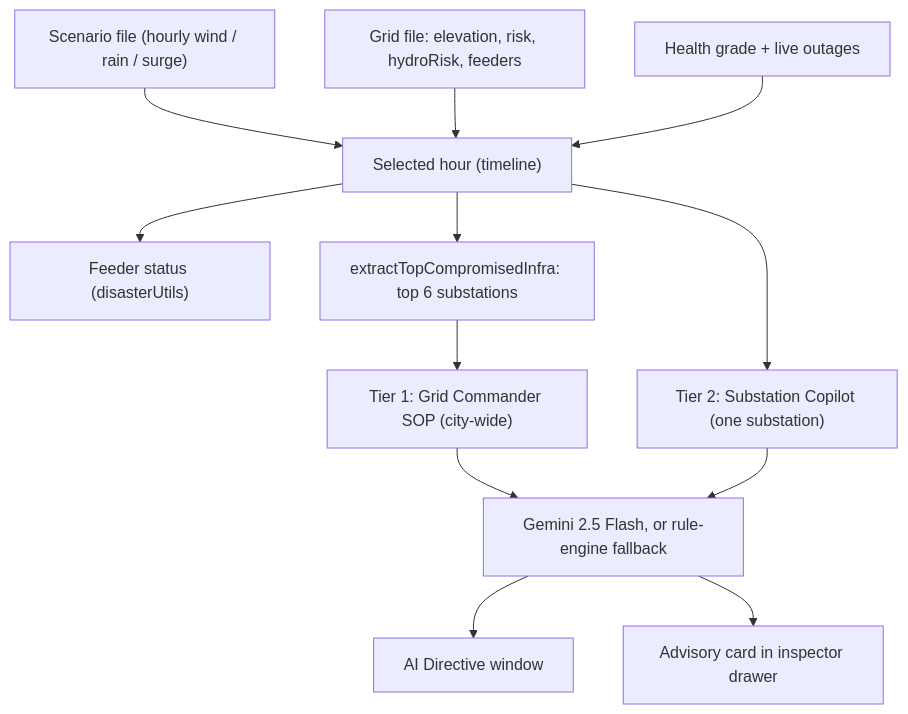
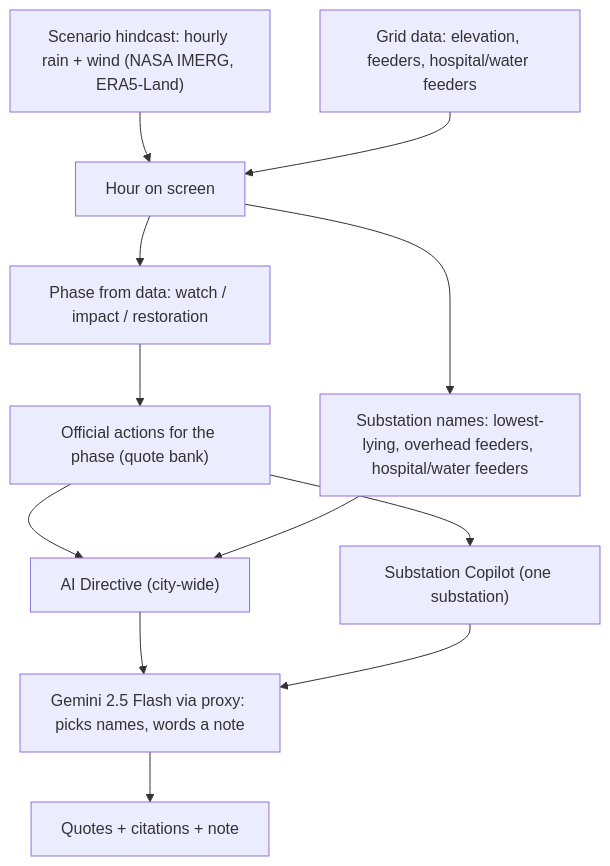
One commit to rsiva2294/surgegrid-ai changed the diagram in docs/DISASTER_SIMULATION_AND_GEMINI_ARCHITECTURE.md. Above: the diagram before and after it, drawn with Mermaid. The commit also changed other lines of this file and 12 other files, not shown here.

````diff
--- a/docs/DISASTER_SIMULATION_AND_GEMINI_ARCHITECTURE.md
+++ b/docs/DISASTER_SIMULATION_AND_GEMINI_ARCHITECTURE.md
@@ -10,14 +9,14 @@
 ```mermaid
 flowchart TB
-    SC["Scenario file (hourly wind / rain / surge)"] --> HOUR["Selected hour (timeline)"]
-    GRID["Grid file: elevation, risk, hydroRisk, feeders"] --> HOUR
-    HEALTH["Health grade + live outages"] --> HOUR
-    HOUR --> FEED["Feeder status (disasterUtils)"]
-    HOUR --> TOP6["extractTopCompromisedInfra: top 6 substations"]
-    TOP6 --> T1["Tier 1: Grid Commander SOP (city-wide)"]
-    HOUR --> T2["Tier 2: Substation Copilot (one substation)"]
-    T1 --> G["Gemini 2.5 Flash, or rule-engine fallback"]
-    T2 --> G
-    G --> UI1["AI Directive window"]
-    G --> UI2["Advisory card in inspector drawer"]
+    SC["Scenario hindcast: hourly rain + wind (NASA IMERG, ERA5-Land)"] --> HOUR["Hour on screen"]
+    GRID["Grid data: elevation, feeders, hospital/water feeders"] --> HOUR
+    HOUR --> PHASE["Phase from data: watch / impact / restoration"]
+    PHASE --> ACTIONS["Official actions for the phase (quote bank)"]
+    HOUR --> TARGETS["Substation names: lowest-lying, overhead feeders, hospital/water feeders"]
+    ACTIONS --> SOP["AI Directive (city-wide)"]
+    TARGETS --> SOP
+    ACTIONS --> COP["Substation Copilot (one substation)"]
+    SOP --> G["Gemini 2.5 Flash via proxy: picks names, words a note"]
+    COP --> G
+    G --> UI["Quotes + citations + note"]
 ```
````
